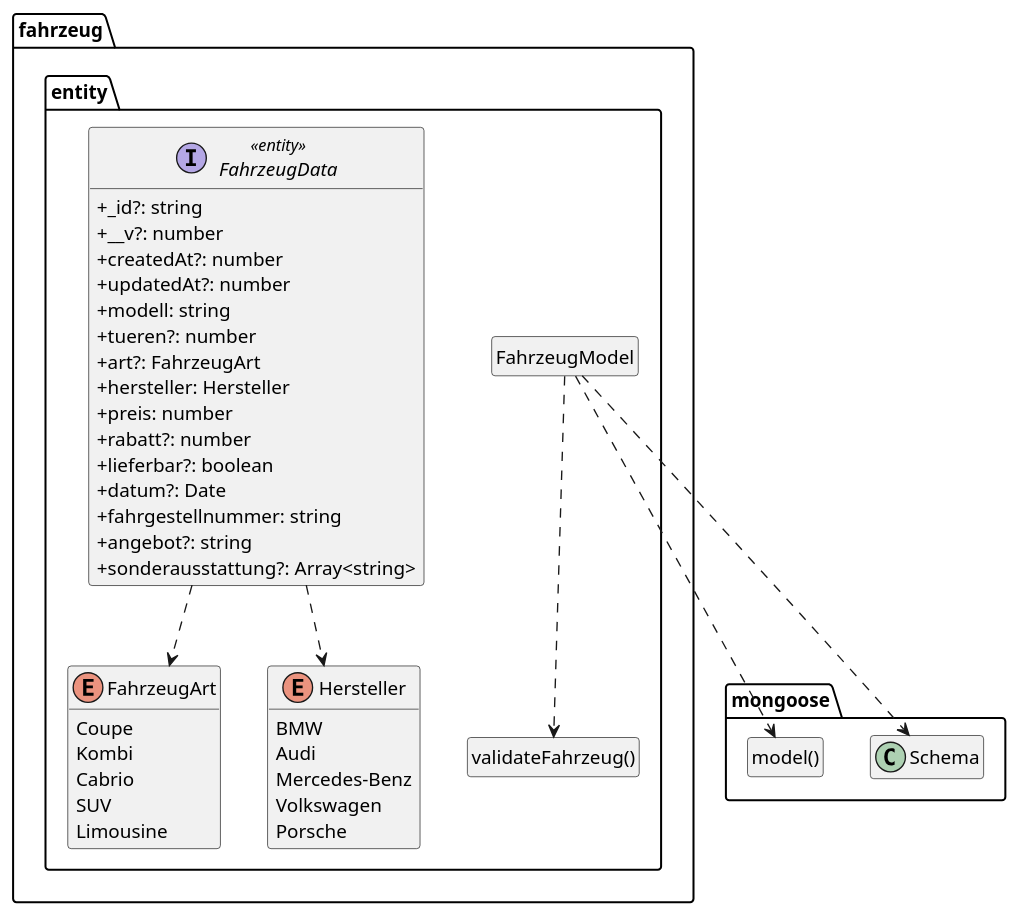
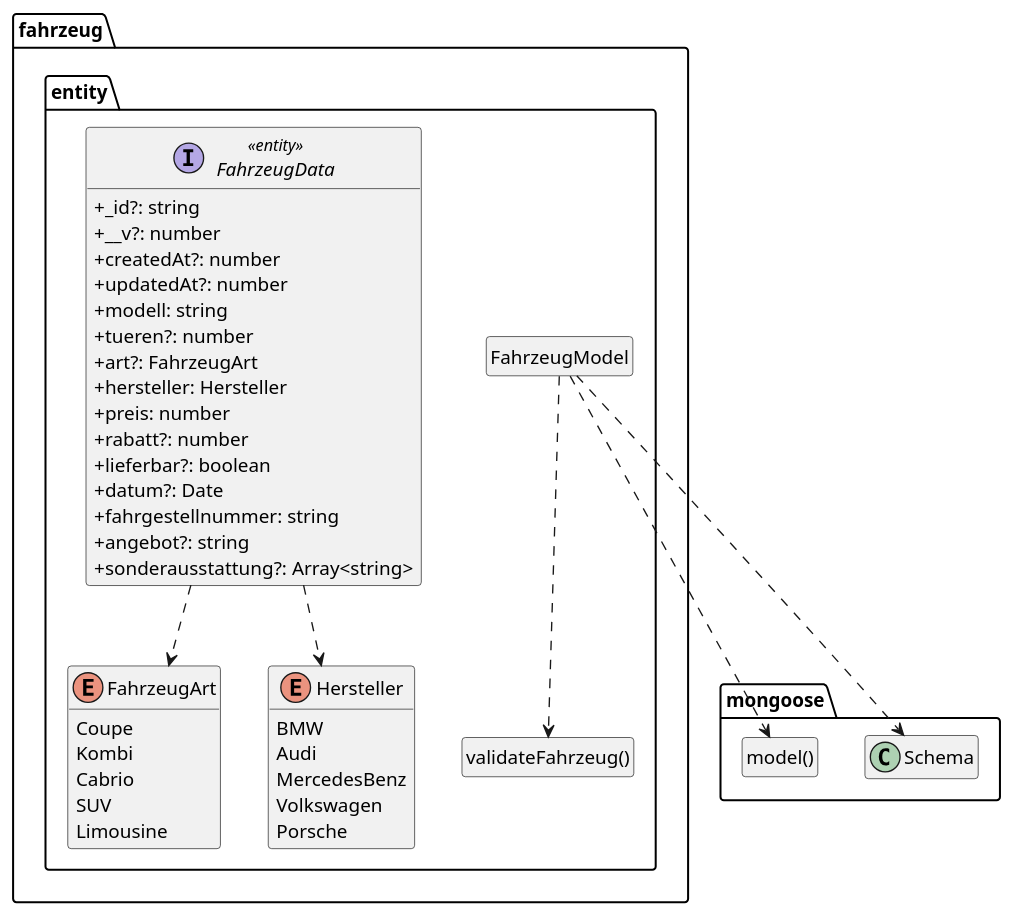
One commit to baranozalp/Abgabe changed the diagram in doc/entwicklerhandbuch/Fahrzeug.puml. Above: the diagram before and after it, drawn with PlantUML. The commit also changed 11 other files, not shown here.

```diff
--- a/doc/entwicklerhandbuch/Fahrzeug.puml
+++ b/doc/entwicklerhandbuch/Fahrzeug.puml
@@ -1,65 +1,65 @@
 @startuml Anwendungskern
 
 !pragma useNewPackage
 skinparam classAttributeIconSize 0
 skinparam componentStyle uml2
 
 package mongoose {
   class Schema
 
   class "model()" as model
   hide model circle
 }
 
 package fahrzeug.entity {
     class "validateFahrzeug()" as validateFahrzeug
     hide validateFahrzeug circle
 
     class FahrzeugModel
     hide FahrzeugModel circle
 
     FahrzeugModel ..> Schema
     FahrzeugModel ..> model
     FahrzeugModel ..> validateFahrzeug
 
     FahrzeugData ..> FahrzeugArt
     FahrzeugData ..> Hersteller
 
     enum FahrzeugArt {
         Coupe
         Kombi
         Cabrio
         SUV
         Limousine
     }
 
     enum Hersteller {
         BMW
         Audi
-        Mercedes-Benz
+        MercedesBenz
         Volkswagen
         Porsche
     }
 
     interface FahrzeugData <<entity>> {
         + _id?: string
         + __v?: number
         + createdAt?: number
         + updatedAt?: number
         + modell: string
         + tueren?: number
         + art?: FahrzeugArt
         + hersteller: Hersteller
         + preis: number
         + rabatt?: number
         + lieferbar?: boolean
         + datum?: Date
         + fahrgestellnummer: string
         + angebot?: string
         + sonderausstattung?: Array<string>
     }
 }
 
 hide empty members
 
 @enduml
```
